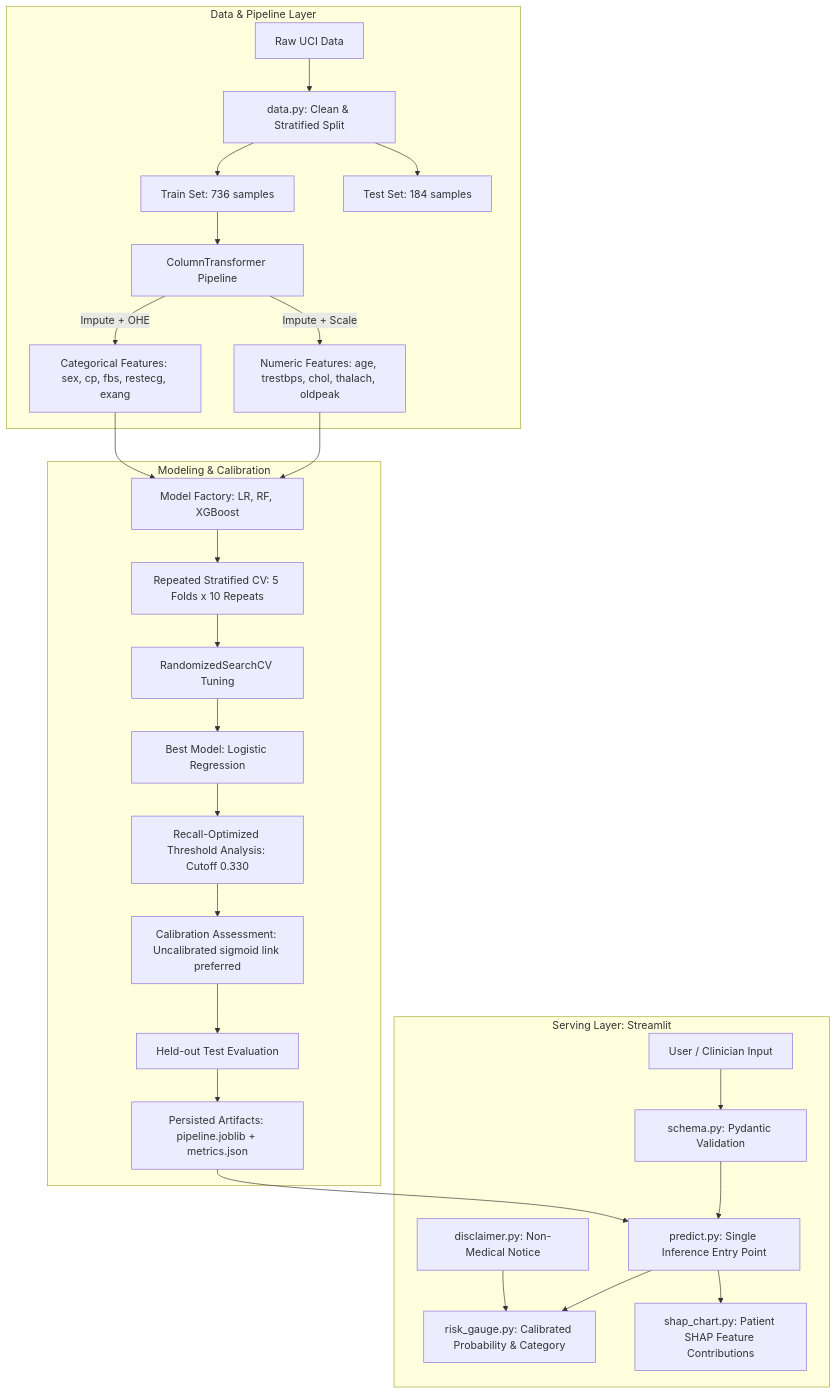
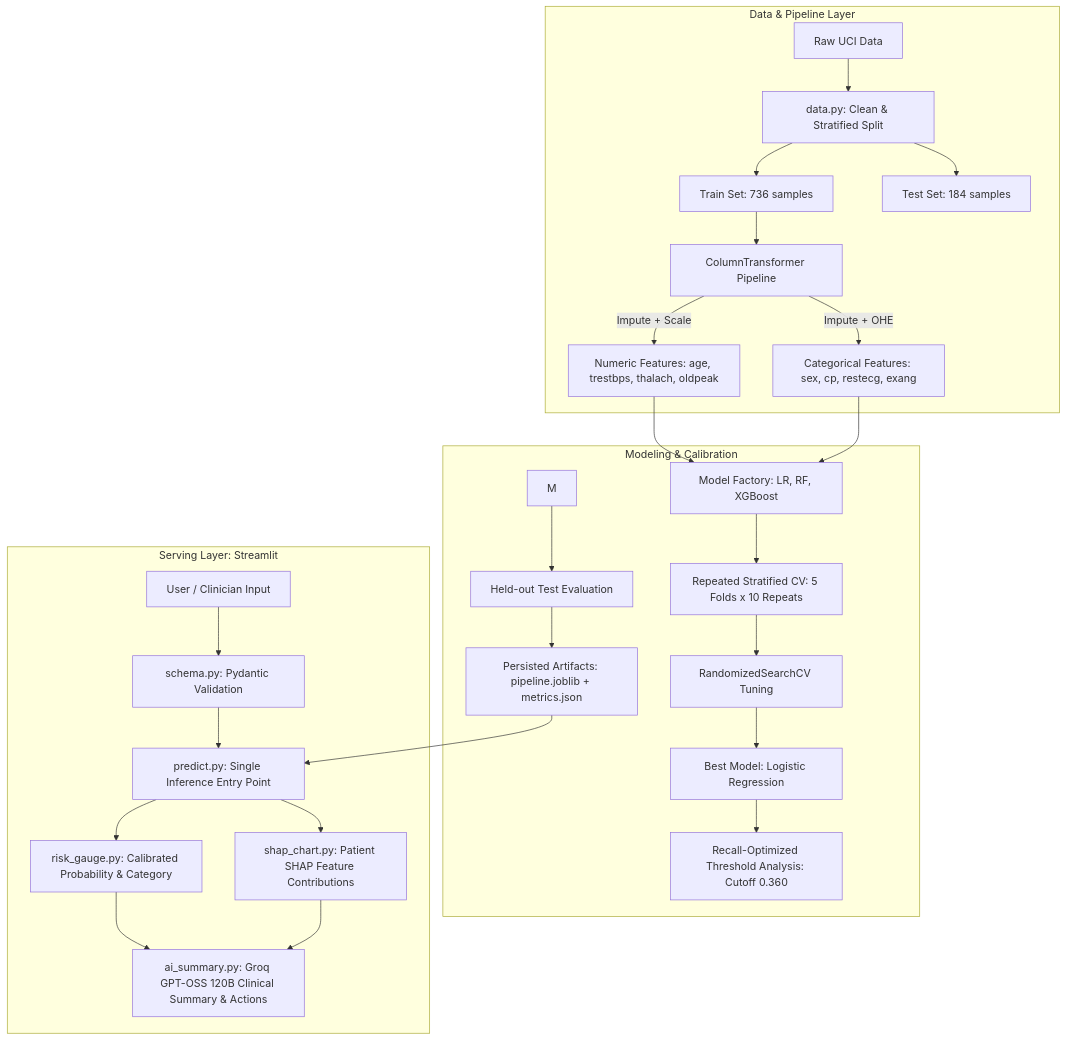
One commit to Kanishkverma777/- changed the diagram in README.md. Above: the diagram before and after it, drawn with Mermaid. The commit also changed other lines of this file and 30 other files, not shown here.

````diff
--- a/README.md
+++ b/README.md
@@ -80,31 +80,30 @@
 ```mermaid
 flowchart TD
     subgraph Data & Pipeline Layer
         A[Raw UCI Data] --> B[data.py: Clean & Stratified Split]
         B --> C[Train Set: 736 samples]
         B --> D[Test Set: 184 samples]
         C --> E[ColumnTransformer Pipeline]
-        E -->|Impute + Scale| F[Numeric Features: age, trestbps, chol, thalach, oldpeak]
-        E -->|Impute + OHE| G[Categorical Features: sex, cp, fbs, restecg, exang]
+        E -->|Impute + Scale| F[Numeric Features: age, trestbps, thalach, oldpeak]
+        E -->|Impute + OHE| G[Categorical Features: sex, cp, restecg, exang]
     end
 
     subgraph Modeling & Calibration
         F & G --> H[Model Factory: LR, RF, XGBoost]
         H --> I[Repeated Stratified CV: 5 Folds x 10 Repeats]
         I --> J[RandomizedSearchCV Tuning]
         J --> K[Best Model: Logistic Regression]
-        K --> L[Recall-Optimized Threshold Analysis: Cutoff 0.330]
-        L --> M[Calibration Assessment: Uncalibrated sigmoid link preferred]
+        K --> L[Recall-Optimized Threshold Analysis: Cutoff 0.360]
         M --> N[Held-out Test Evaluation]
         N --> O[Persisted Artifacts: pipeline.joblib + metrics.json]
     end
 
     subgraph Serving Layer: Streamlit
         P[User / Clinician Input] --> Q[schema.py: Pydantic Validation]
         Q --> R[predict.py: Single Inference Entry Point]
         O --> R
         R --> S[risk_gauge.py: Calibrated Probability & Category]
         R --> T[shap_chart.py: Patient SHAP Feature Contributions]
-        U[disclaimer.py: Non-Medical Notice] --> S
+        S & T --> V[ai_summary.py: Groq GPT-OSS 120B Clinical Summary & Actions]
     end
 ```
````
